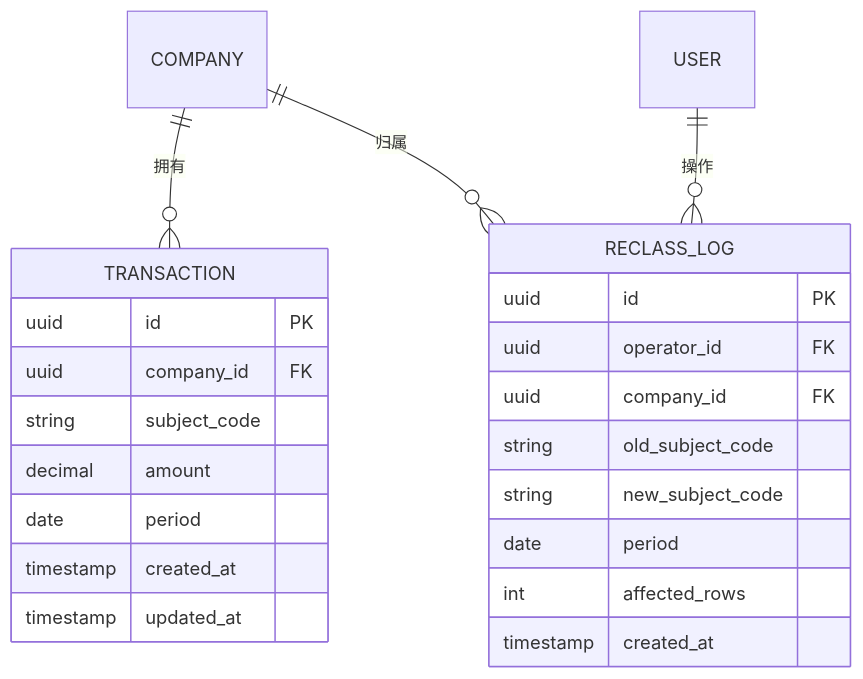
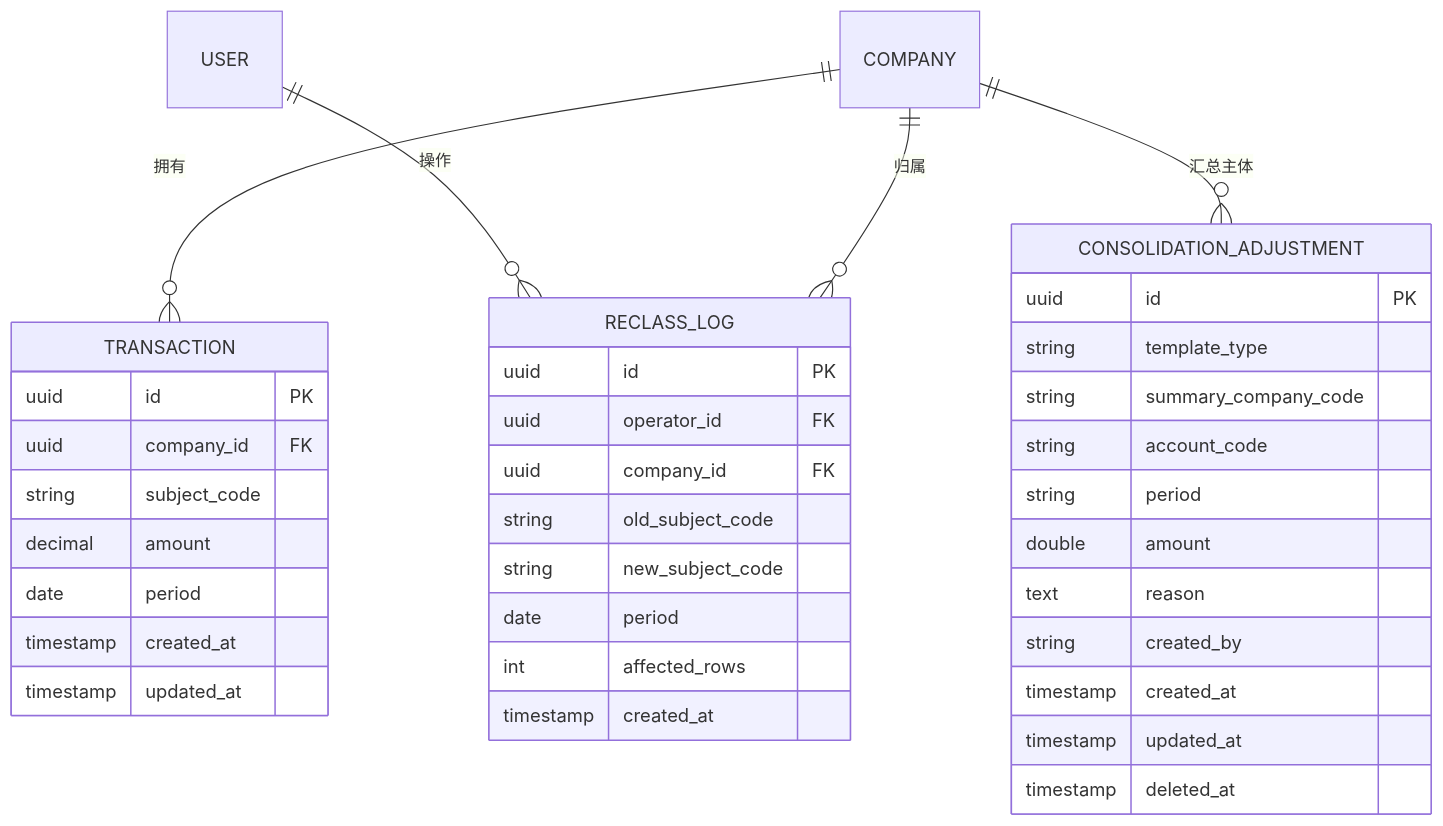
The seventh of 11 diagrams in .qoder/repowiki/zh/content/核心模块/重分类系统.md (Damao997/newproject), drawn with Mermaid before and after one commit. The commit also changed other lines of this file and 27 other files, not shown here.

````diff
--- a/.qoder/repowiki/zh/content/核心模块/重分类系统.md
+++ b/.qoder/repowiki/zh/content/核心模块/重分类系统.md
@@ -199,25 +316,39 @@
 ```mermaid
 erDiagram
 TRANSACTION {
 uuid id PK
 uuid company_id FK
 string subject_code
 decimal amount
 date period
 timestamp created_at
 timestamp updated_at
 }
 RECLASS_LOG {
 uuid id PK
 uuid operator_id FK
 uuid company_id FK
 string old_subject_code
 string new_subject_code
 date period
 int affected_rows
 timestamp created_at
 }
+CONSOLIDATION_ADJUSTMENT {
+uuid id PK
+string template_type
+string summary_company_code
+string account_code
+string period
+double amount
+text reason
+string created_by
+timestamp created_at
+timestamp updated_at
+timestamp deleted_at
+}
 COMPANY ||--o{ TRANSACTION : "拥有"
 USER ||--o{ RECLASS_LOG : "操作"
 COMPANY ||--o{ RECLASS_LOG : "归属"
+COMPANY ||--o{ CONSOLIDATION_ADJUSTMENT : "汇总主体"
 ```
````
